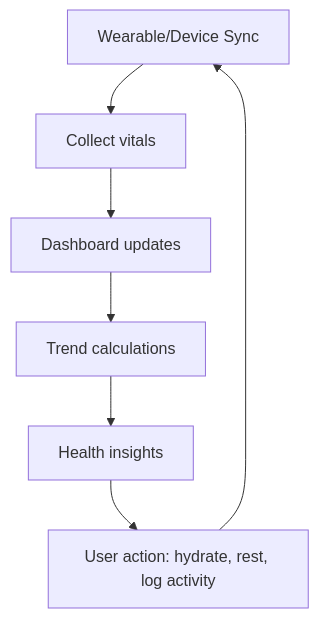
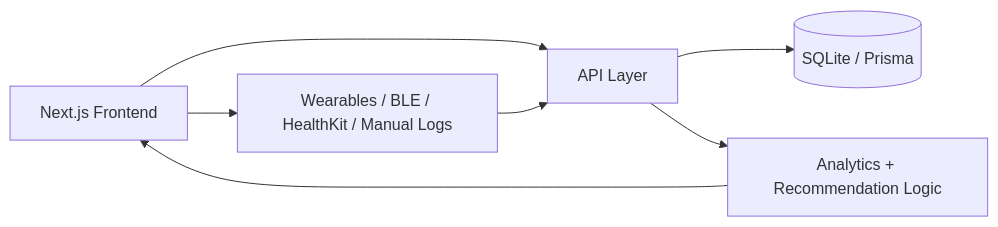
The third of 3 diagrams in README.md (sameer10237/health-vitality), drawn with Mermaid before and after one commit. The commit also changed other lines of this file, not shown here.

````diff
--- a/README.md
+++ b/README.md
@@ -166,9 +74,9 @@
 ```mermaid
-flowchart TD
-    A[Wearable/Device Sync] --> B[Collect vitals]
-    B --> C[Dashboard updates]
-    C --> D[Trend calculations]
-    D --> E[Health insights]
-    E --> F[User action: hydrate, rest, log activity]
-    F --> A
+flowchart LR
+    UI[Next.js Frontend] --> API[API Layer]
+    API --> DB[(SQLite / Prisma)]
+    UI --> DEV[Wearables / BLE / HealthKit / Manual Logs]
+    DEV --> API
+    API --> INSIGHTS[Analytics + Recommendation Logic]
+    INSIGHTS --> UI
 ```
````
